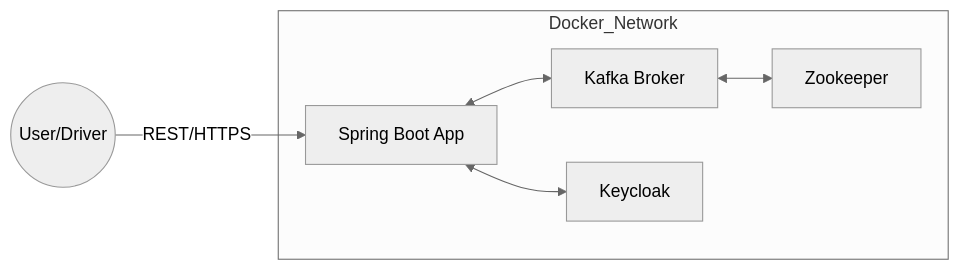
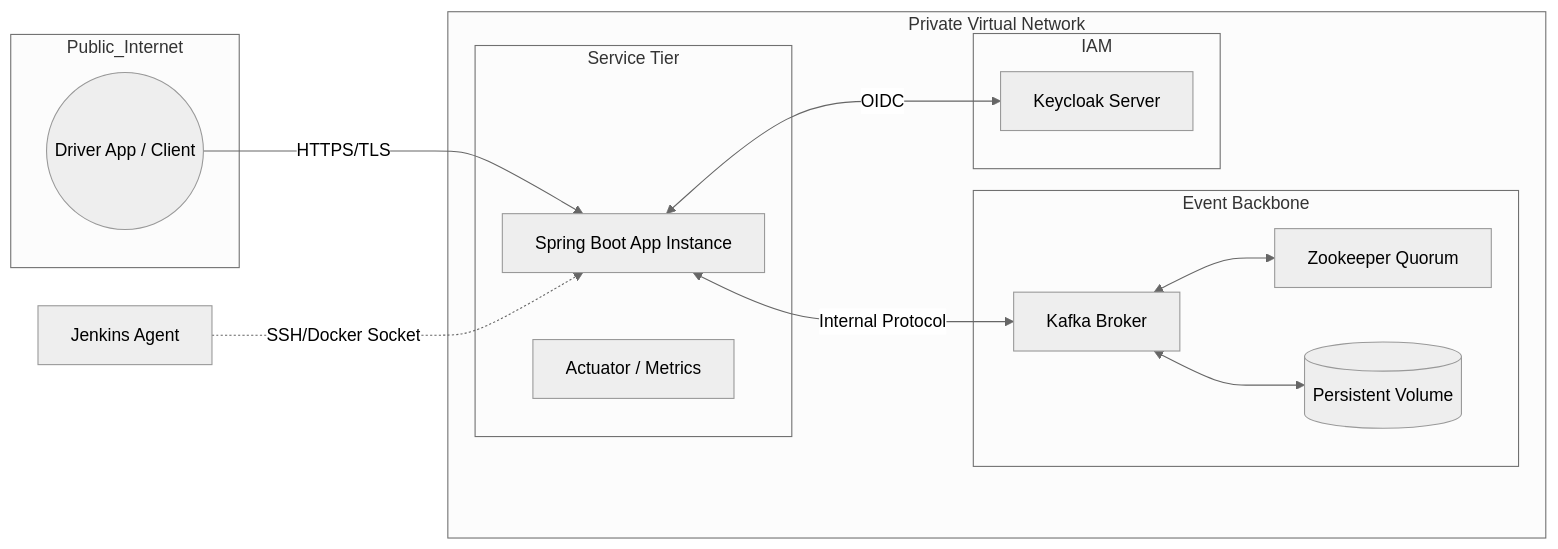
Before and after one commit to albertoraaz/fraud-detection-system: the second of 2 diagrams in README.md, drawn with Mermaid (neutral theme). The commit also changed other lines of this file, not shown here.

````diff
--- a/README.md
+++ b/README.md
@@ -60,14 +57,27 @@
 ```mermaid
 graph LR
-subgraph Docker_Network
-App[Spring Boot App]
-K[Kafka Broker]
-Z[Zookeeper]
-KC[Keycloak]
-end
+    subgraph Public_Internet
+        Client((Driver App / Client))
+    end
 
-    User((User/Driver)) -->|REST/HTTPS| App
-    App <--> K
-    K <--> Z
-    App <--> KC
+    subgraph VPC_Private_Network [Private Virtual Network]
+        subgraph App_Cluster [Service Tier]
+            App[Spring Boot App Instance]
+            Actuator[Actuator / Metrics]
+        end
+
+        subgraph Middleware_Cluster [Event Backbone]
+            K1[Kafka Broker] <--> Z[Zookeeper Quorum]
+            K1 <--> Storage[(Persistent Volume)]
+        end
+
+        subgraph Identity_Tier [IAM]
+            KC[Keycloak Server]
+        end
+    end
+
+    Client -->|HTTPS/TLS| App
+    App <-->|Internal Protocol| K1
+    App <-->|OIDC| KC
+    Jenk[Jenkins Agent] -.->|SSH/Docker Socket| App
 ```
````
